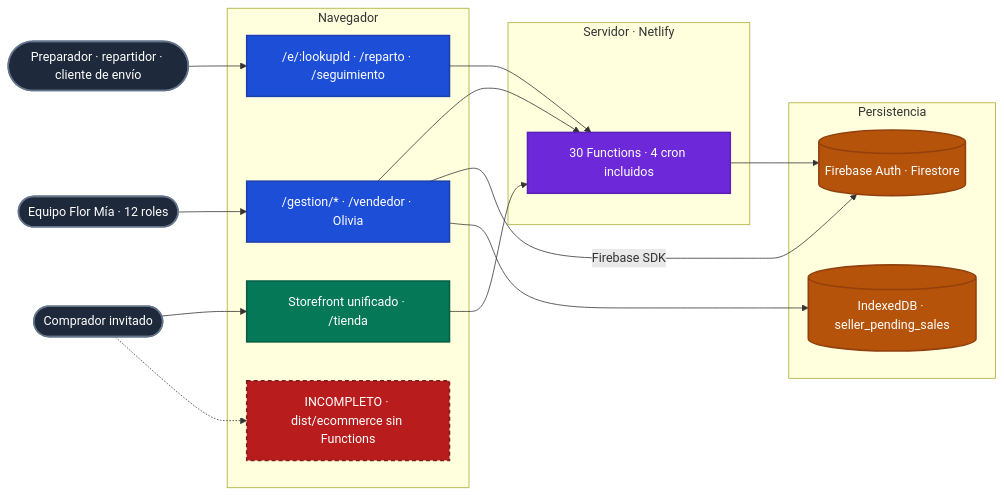
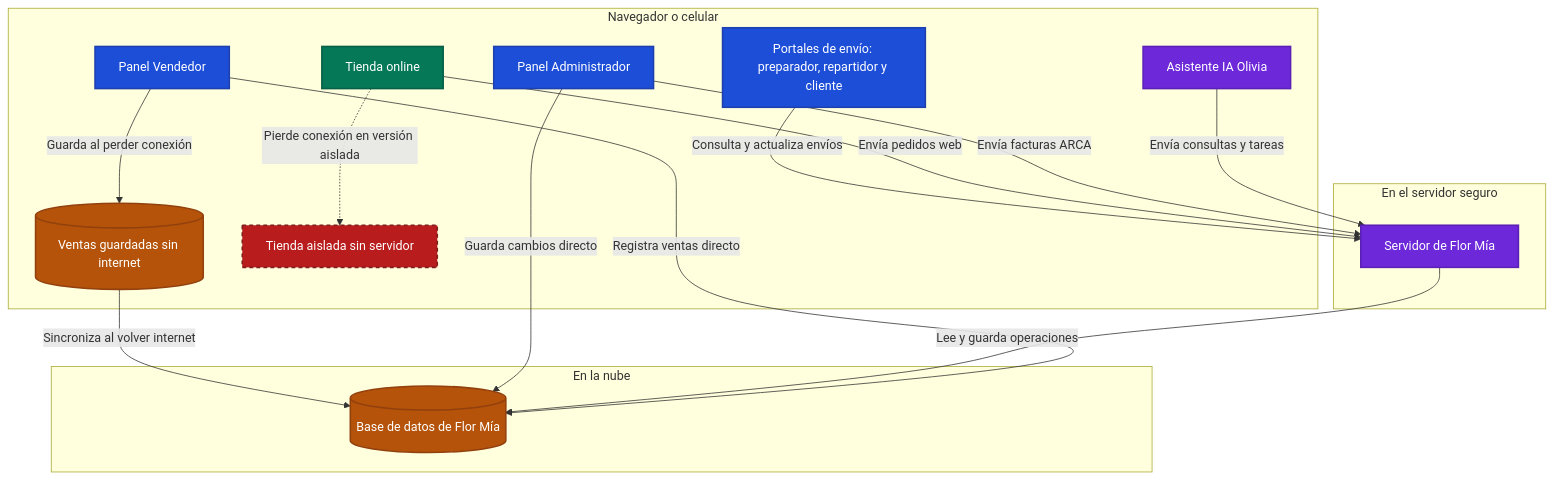
One commit to AgustinBazanUB/App-Integral-FM changed the first of 3 diagrams in docs/01-mapa-maestro.md. Above: the diagram before and after it, drawn with Mermaid. The commit also changed other lines of this file and 24 other files, not shown here.

Commit message:
docs: explicar los flujos de Flor Mía en lenguaje de negocio

````diff
--- a/docs/01-mapa-maestro.md
+++ b/docs/01-mapa-maestro.md
@@ -29,42 +29,37 @@
 ```mermaid
-flowchart LR
-    %% La superficie elegida determina qué código y Functions están disponibles.
-    personal(["Equipo Flor Mía · 12 roles"]):::actor
-    participantes(["Preparador · repartidor · cliente de envío"]):::actor
-    comprador(["Comprador invitado"]):::actor
-
-    subgraph navegador["Navegador"]
-        gestion["/gestion/* · /vendedor · Olivia"]:::integral
-        portales["/e/:lookupId · /reparto · /seguimiento"]:::integral
-        unificado["Storefront unificado · /tienda"]:::ecommerce
-        separado["INCOMPLETO · dist/ecommerce sin Functions"]:::debt
+flowchart TB
+    %% Interfaces, tareas en el dispositivo y tareas del servidor.
+    subgraph navegador["Navegador o celular"]
+        memoria[("Ventas guardadas sin internet")]:::db
+        portales["Portales de envío: preparador, repartidor y cliente"]:::integral
+        vendedor["Panel Vendedor"]:::integral
+        tienda["Tienda online"]:::ecommerce
+        olivia["Asistente IA Olivia"]:::shared
+        aislada["Tienda aislada sin servidor"]:::debt
+        admin["Panel Administrador"]:::integral
     end
-
-    subgraph servidor["Servidor · Netlify"]
-        api["30 Functions · 4 cron incluidos"]:::shared
+    subgraph servidor["En el servidor seguro"]
+        operaciones["Servidor de Flor Mía"]:::shared
     end
-
-    subgraph persistencia["Persistencia"]
-        firebase[("Firebase Auth · Firestore")]:::db
-        pendientes[("IndexedDB · seller_pending_sales")]:::db
+    subgraph nube["En la nube"]
+        datos[("Base de datos de Flor Mía")]:::db
     end
-
-    personal --> gestion
-    participantes --> portales
-    comprador --> unificado
-    comprador -.-> separado
-    gestion --> api
-    portales --> api
-    unificado --> api
-    api --> firebase
-    gestion -->|Firebase SDK| firebase
-    gestion --> pendientes
+    vendedor -->|"Registra ventas directo"| datos
+    olivia -->|"Envía consultas y tareas"| operaciones
+    operaciones -->|"Lee y guarda operaciones"| datos
+    tienda -.->|"Pierde conexión en versión aislada"| aislada
+    admin -->|"Guarda cambios directo"| datos
+    vendedor -->|"Guarda al perder conexión"| memoria
+    admin -->|"Envía facturas ARCA"| operaciones
+    memoria -->|"Sincroniza al volver internet"| datos
+    tienda -->|"Envía pedidos web"| operaciones
+    portales -->|"Consulta y actualiza envíos"| operaciones
 
     classDef actor fill:#1E293B,stroke:#64748B,color:#FFFFFF,stroke-width:2px
     classDef integral fill:#1D4ED8,stroke:#1E40AF,color:#FFFFFF,stroke-width:2px
     classDef ecommerce fill:#047857,stroke:#065F46,color:#FFFFFF,stroke-width:2px
     classDef shared fill:#6D28D9,stroke:#5B21B6,color:#FFFFFF,stroke-width:2px
     classDef db fill:#B45309,stroke:#92400E,color:#FFFFFF,stroke-width:2px
     classDef external fill:#475569,stroke:#334155,color:#FFFFFF,stroke-width:2px,stroke-dasharray:5 4
     classDef debt fill:#B91C1C,stroke:#7F1D1D,color:#FFFFFF,stroke-width:2px,stroke-dasharray:5 4
 ```
````
